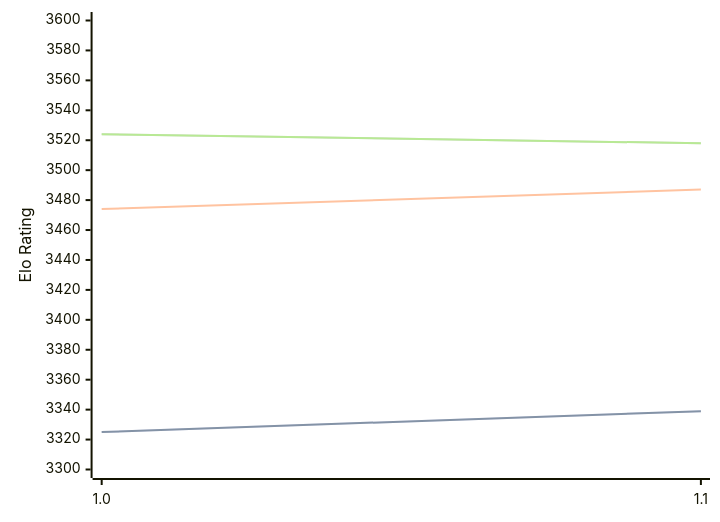
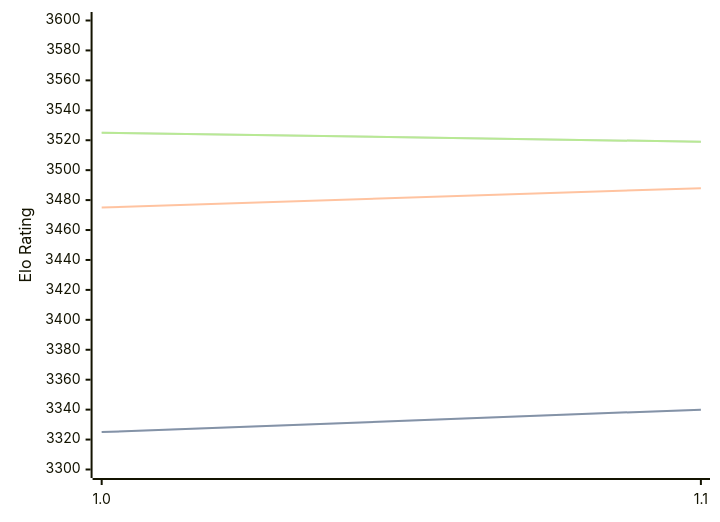
The diagram in engines/Horsie.md (computer-chess-index/cci), drawn with Mermaid before and after one commit. The commit also changed other lines of this file, not shown here.

Commit message:
Update CCI Ratings (ELO VLTC) - 2026-07-25

````diff
--- a/engines/Horsie.md
+++ b/engines/Horsie.md
@@ -32,11 +32,11 @@
 ```mermaid
 %%{init: {"theme":"base","themeVariables":{"seriesColors:['#a3a3a3','#222221','#faa371']}}}%%
 xychart-beta
   x-axis ["1.0", "1.1"]
   y-axis "Elo Rating" 3300 --> 3600
-  line "STC (8.0+0.08s)" [3325, 3339]
-  line "STC (8.0+0.08s)" [3325, 3339]
-  line "LTC (60.0+0.60s)" [3474, 3487]
-  line "VLTC (2m24s+1.12s)" [3524, 3518]
-  line "VLTC (2m24s+1.12s)" [3524, 3518]
+  line "STC (8.0+0.08s)" [3325, 3340]
+  line "STC (8.0+0.08s)" [3325, 3340]
+  line "LTC (60.0+0.60s)" [3475, 3488]
+  line "VLTC (2m24s+1.12s)" [3525, 3519]
+  line "VLTC (2m24s+1.12s)" [3525, 3519]
 ```
````
